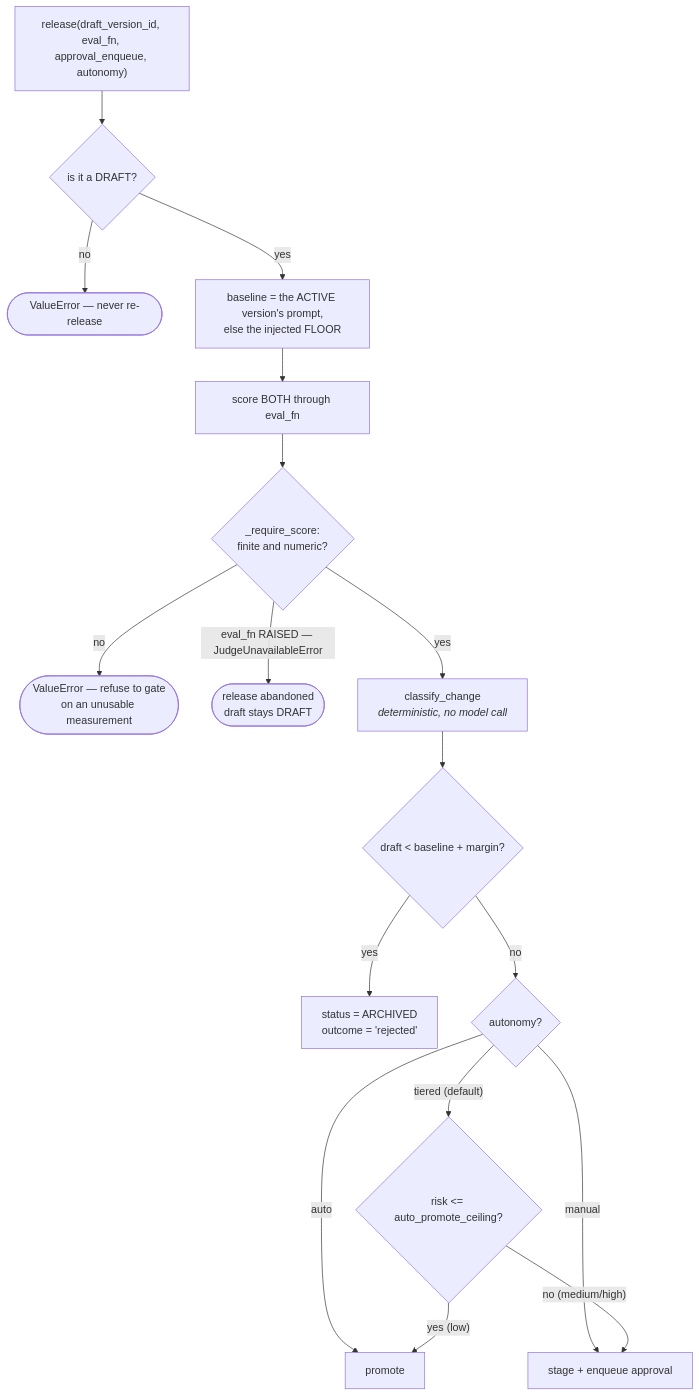
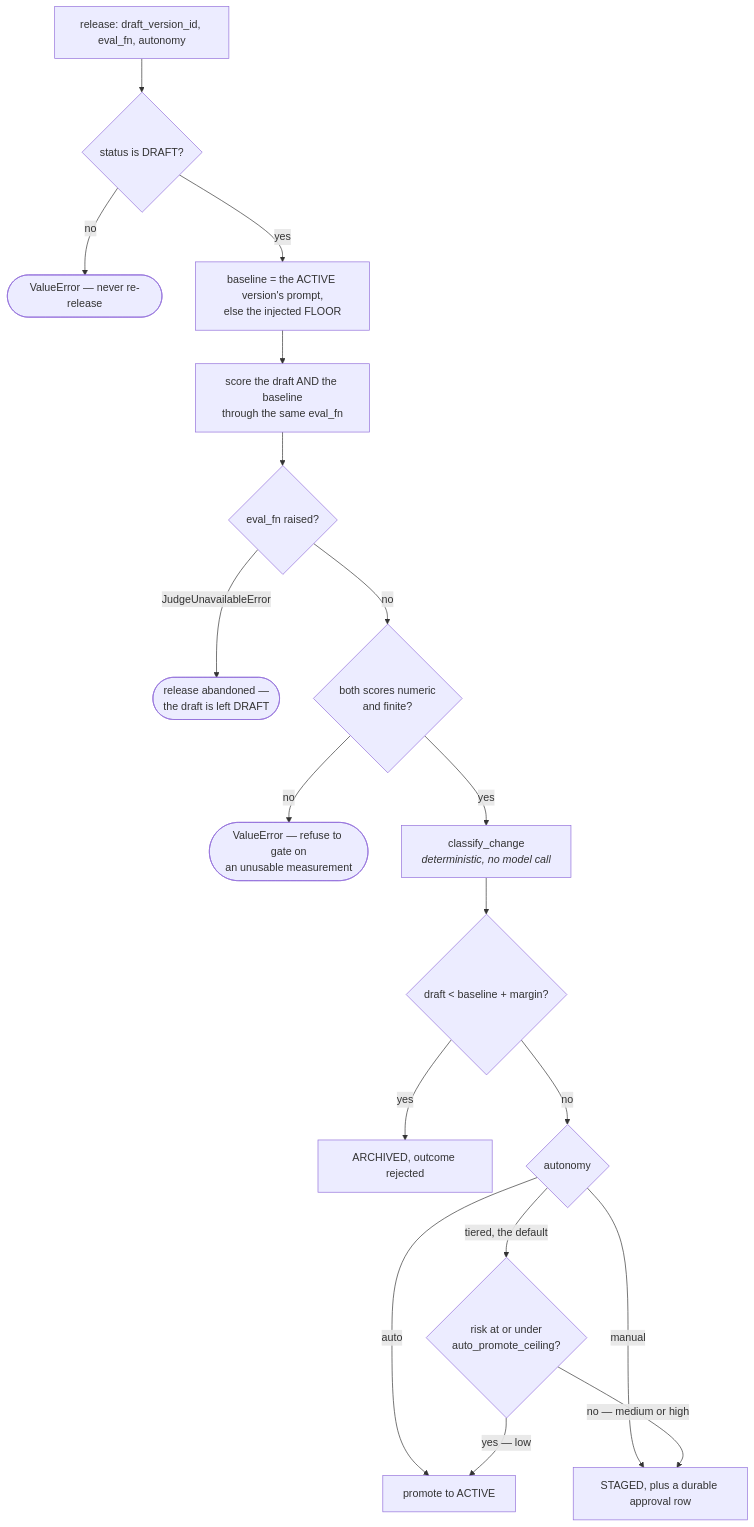
The third of 5 diagrams in docs/teaching/evals-ops/40-diagrams.md (yrevash/aegis), drawn with Mermaid before and after one commit. The commit also changed other lines of this file and 111 other files, not shown here.

````diff
--- a/docs/teaching/evals-ops/40-diagrams.md
+++ b/docs/teaching/evals-ops/40-diagrams.md
@@ -74,22 +67,23 @@
 ```mermaid
 flowchart TB
-    S["release(draft_version_id, eval_fn, approval_enqueue, autonomy)"] --> G1{"is it a DRAFT?"}
+    S["release: draft_version_id, eval_fn, autonomy"] --> G1{"status is DRAFT?"}
     G1 -->|no| E1([ValueError — never re-release])
     G1 -->|yes| BASE["baseline = the ACTIVE version's prompt,<br/>else the injected FLOOR"]
 
-    BASE --> SC["score BOTH through eval_fn"]
-    SC --> FIN{"_require_score:<br/>finite and numeric?"}
-    FIN -->|no| E2([ValueError — refuse to gate<br/>on an unusable measurement])
-    FIN -->|"eval_fn RAISED — JudgeUnavailableError"| E3(["release abandoned<br/>draft stays DRAFT"])
+    BASE --> SC["score the draft AND the baseline<br/>through the same eval_fn"]
+    SC --> RAISED{"eval_fn raised?"}
+    RAISED -->|"JudgeUnavailableError"| E3(["release abandoned —<br/>the draft is left DRAFT"])
+    RAISED -->|no| FIN{"both scores numeric<br/>and finite?"}
+    FIN -->|no| E2([ValueError — refuse to gate on<br/>an unusable measurement])
     FIN -->|yes| RISK["classify_change<br/><i>deterministic, no model call</i>"]
 
     RISK --> GATE{"draft &lt; baseline + margin?"}
-    GATE -->|yes| REJ["status = ARCHIVED<br/>outcome = 'rejected'"]
-    GATE -->|no| MODE{"autonomy?"}
+    GATE -->|yes| REJ["ARCHIVED, outcome rejected"]
+    GATE -->|no| MODE{"autonomy"}
 
-    MODE -->|auto| PROM["promote"]
-    MODE -->|manual| STAGE["stage + enqueue approval"]
-    MODE -->|"tiered (default)"| CEIL{"risk &lt;= auto_promote_ceiling?"}
-    CEIL -->|"yes (low)"| PROM
-    CEIL -->|"no (medium/high)"| STAGE
+    MODE -->|auto| PROM["promote to ACTIVE"]
+    MODE -->|manual| STAGE["STAGED, plus a durable approval row"]
+    MODE -->|"tiered, the default"| CEIL{"risk at or under<br/>auto_promote_ceiling?"}
+    CEIL -->|"yes — low"| PROM
+    CEIL -->|"no — medium or high"| STAGE
 ```
````
